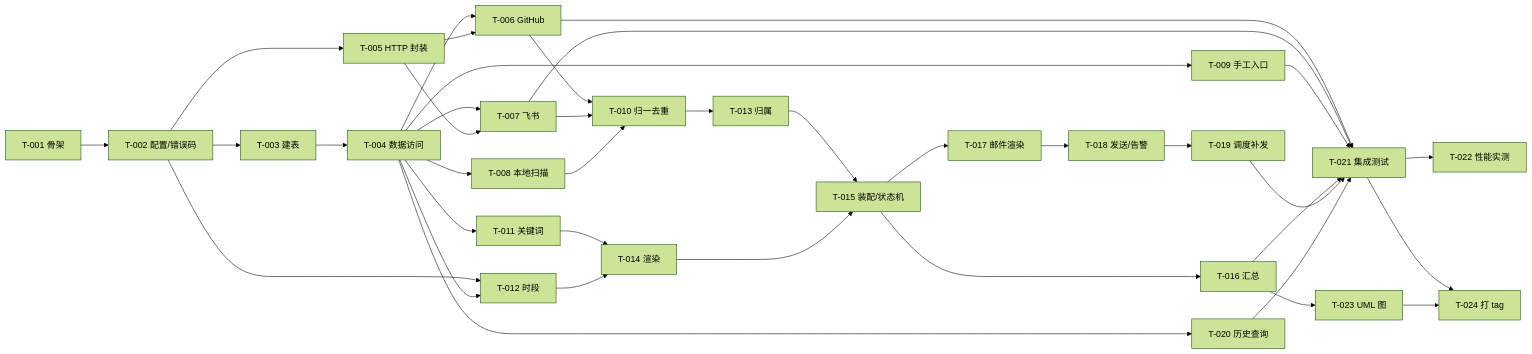
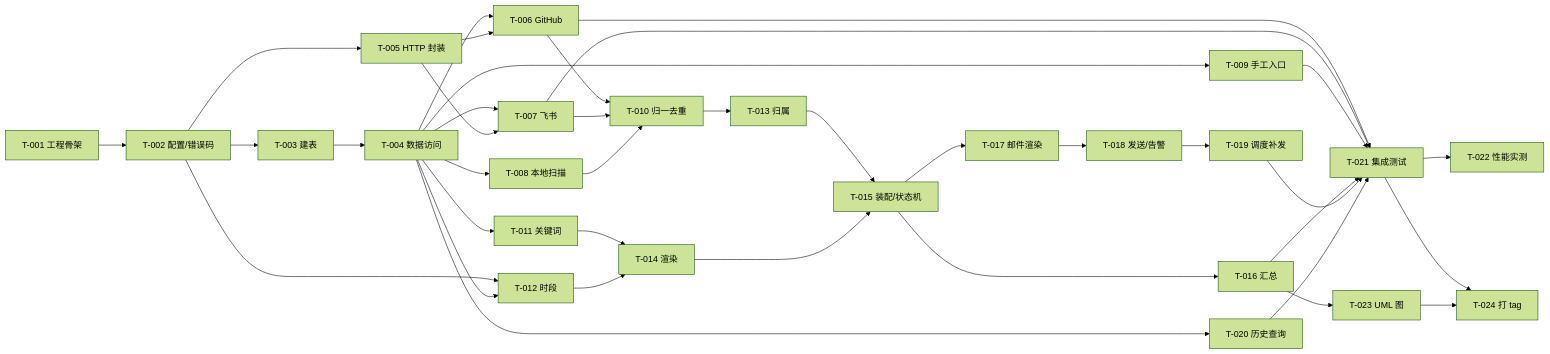
One commit to tanyaoting/SDDAndAIProgramming changed the diagram in specs/tasks.md. Above: the diagram before and after it, drawn with Mermaid (forest theme). The commit also changed other lines of this file and 2 other files, not shown here.

````diff
--- a/specs/tasks.md
+++ b/specs/tasks.md
@@ -92,39 +103,39 @@
 ```mermaid
 flowchart LR
-    T001[T-001 骨架] --> T002[T-002 配置/错误码]
+    T001[T-001 工程骨架] --> T002[T-002 配置/错误码]
     T002 --> T003[T-003 建表]
     T003 --> T004[T-004 数据访问]
     T002 --> T005[T-005 HTTP 封装]
     T004 --> T006[T-006 GitHub]
     T005 --> T006
     T004 --> T007[T-007 飞书]
     T005 --> T007
     T004 --> T008[T-008 本地扫描]
     T004 --> T009[T-009 手工入口]
     T006 --> T010[T-010 归一去重]
     T007 --> T010
     T008 --> T010
     T004 --> T011[T-011 关键词]
     T002 --> T012[T-012 时段]
     T004 --> T012
     T010 --> T013[T-013 归属]
     T011 --> T014[T-014 渲染]
     T012 --> T014
     T013 --> T015[T-015 装配/状态机]
     T014 --> T015
     T015 --> T016[T-016 汇总]
     T015 --> T017[T-017 邮件渲染]
     T017 --> T018[T-018 发送/告警]
     T018 --> T019[T-019 调度补发]
     T004 --> T020[T-020 历史查询]
     T006 --> T021[T-021 集成测试]
     T007 --> T021
     T009 --> T021
     T016 --> T021
     T019 --> T021
     T020 --> T021
     T021 --> T022[T-022 性能实测]
     T021 --> T024[T-024 打 tag]
     T016 --> T023[T-023 UML 图]
     T023 --> T024
 ```
````
